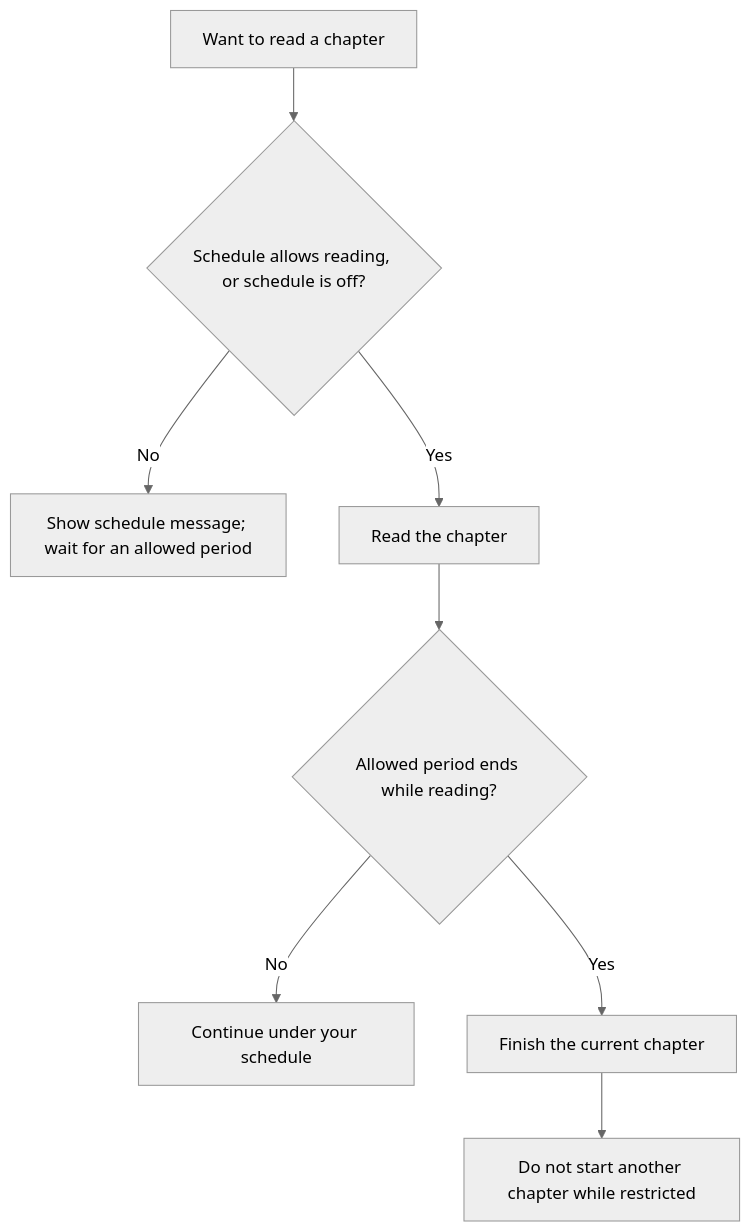
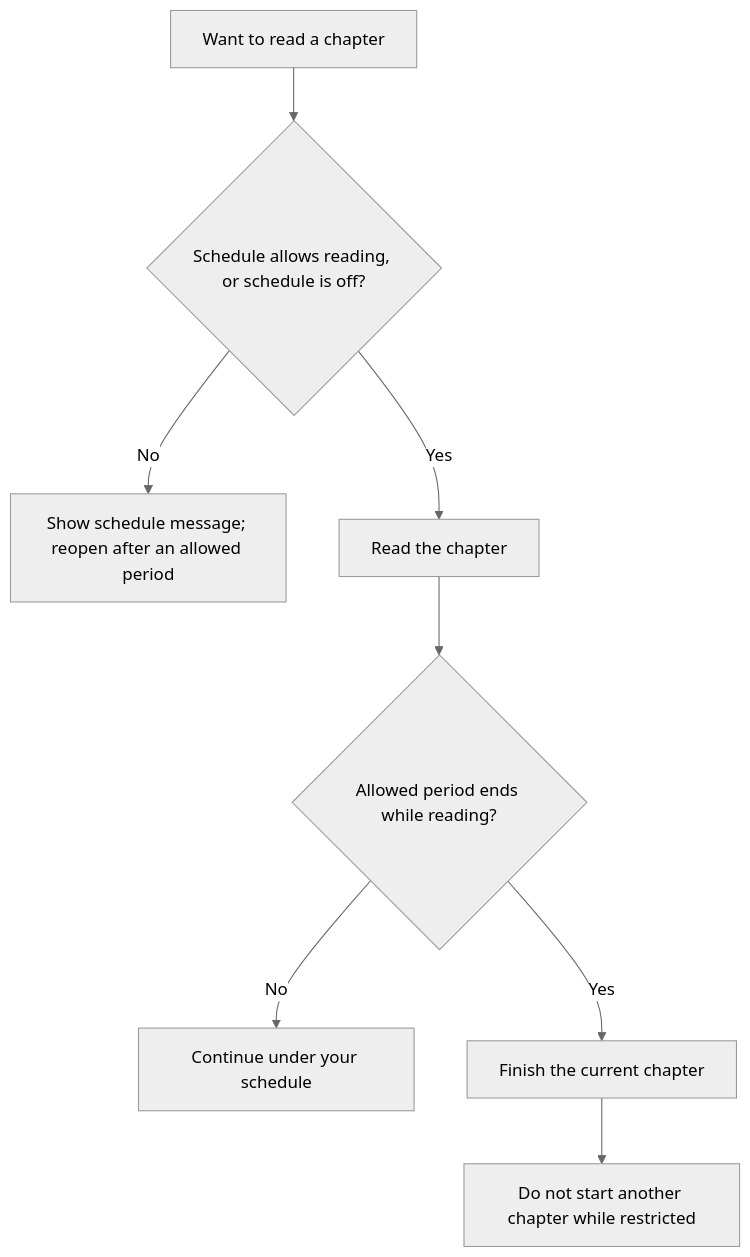
One commit to FancyCorey/komikku-fc changed the fourth of 6 diagrams in docs/kmk/feature-guides/reading.md. Above: the diagram before and after it, drawn with Mermaid (neutral theme). The commit also changed other lines of this file and 285 other files, not shown here.

````diff
--- a/docs/kmk/feature-guides/reading.md
+++ b/docs/kmk/feature-guides/reading.md
@@ -243,10 +247,10 @@
 ```mermaid
 flowchart TD
     Request["Want to read a chapter"] --> Allowed{"Schedule allows reading, or schedule is off?"}
-    Allowed -->|No| Block["Show schedule message; wait for an allowed period"]
+    Allowed -->|No| Block["Show schedule message; reopen after an allowed period"]
     Allowed -->|Yes| Open["Read the chapter"]
     Open --> Ends{"Allowed period ends while reading?"}
     Ends -->|No| Continue["Continue under your schedule"]
     Ends -->|Yes| Finish["Finish the current chapter"]
     Finish --> Boundary["Do not start another chapter while restricted"]
 ```
````
